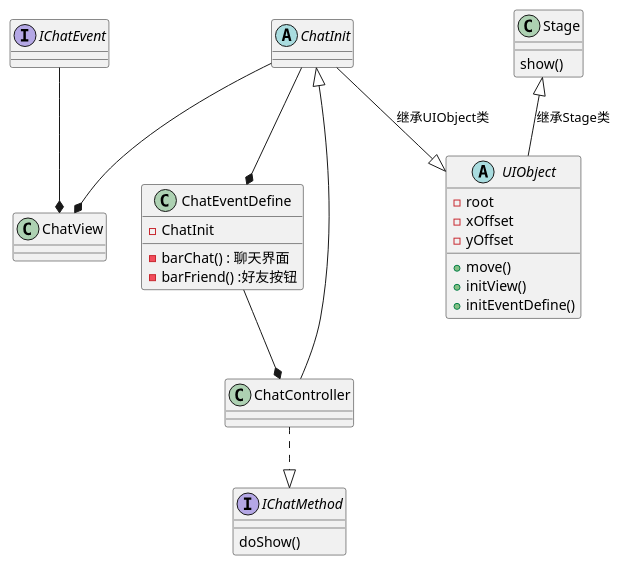
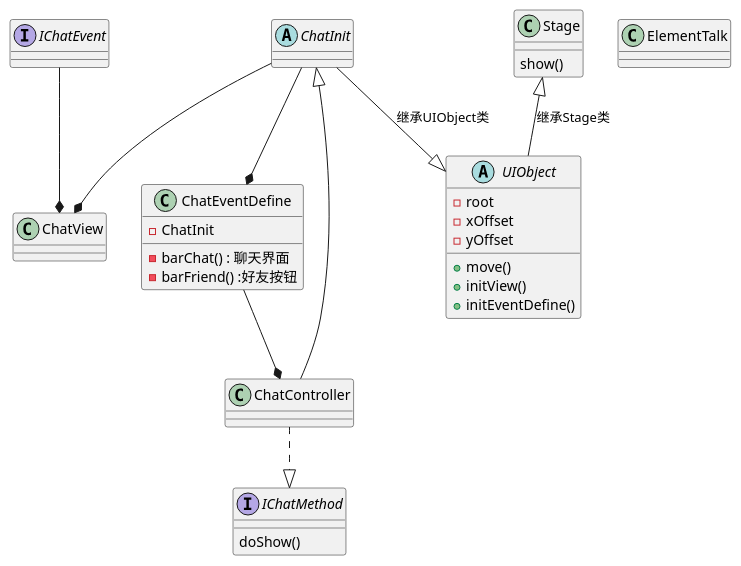
The diagram in ChatObject.puml (zzmmff/Chat), drawn with PlantUML before and after one commit. The commit also changed 18 other files, not shown here.

```diff
--- a/ChatObject.puml
+++ b/ChatObject.puml
@@ -1,38 +1,42 @@
 @startuml
 'https://plantuml.com/object-diagram
 
 
 interface IChatEvent
 interface IChatMethod
 abstract ChatInit
 
 Stage <|-- UIObject : 继承Stage类
 ChatInit --|>  UIObject : 继承UIObject类
 
 ChatInit --* ChatView
 IChatEvent --* ChatView
 ChatInit --* ChatEventDefine
 ChatController --|> ChatInit
 ChatController ..|> IChatMethod
 ChatEventDefine --* ChatController
 
 Stage : show()
 IChatMethod : doShow()
 
 
 abstract class  UIObject{
 
     - root
     -xOffset
     -yOffset
     +move()
     +initView()
     +initEventDefine()
 }
 
 class ChatEventDefine{
     -ChatInit
     -barChat() : 聊天界面
     -barFriend() :好友按钮
 }
+
+
+class ElementTalk{
+}
 @enduml
```
